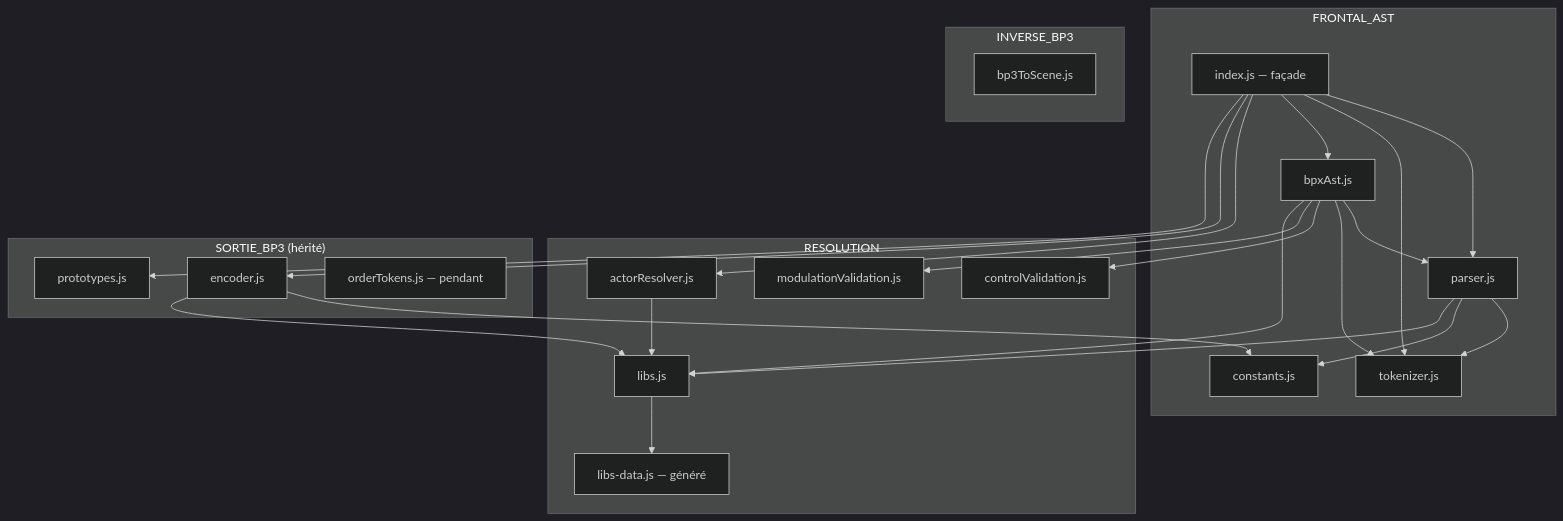
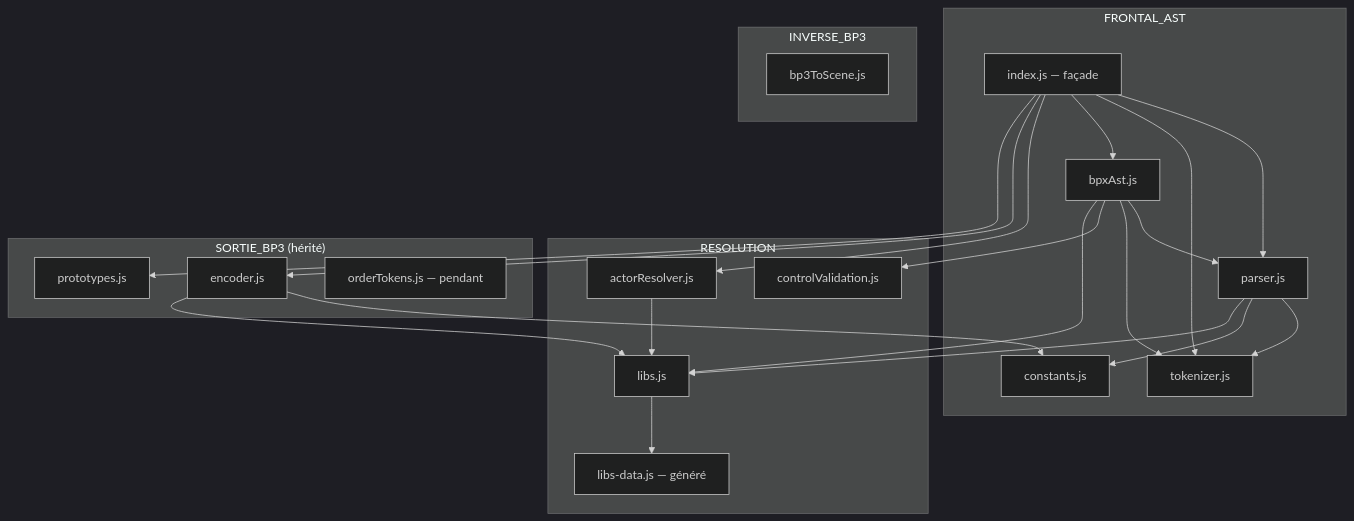
One commit to roomi-fields/BPscript changed the second of 2 diagrams in docs/arch/carte-reel.md. Above: the diagram before and after it, drawn with Mermaid (dark theme). The commit also changed other lines of this file and 5 other files, not shown here.

````diff
--- a/docs/arch/carte-reel.md
+++ b/docs/arch/carte-reel.md
@@ -44,44 +44,42 @@
 ```mermaid
 flowchart TD
   subgraph FRONTAL_AST
     tokenizer["tokenizer.js"]
     parser["parser.js"]
     bpxAst["bpxAst.js"]
     index["index.js — façade"]
     constants["constants.js"]
   end
   subgraph RESOLUTION
     actorResolver["actorResolver.js"]
     libs["libs.js"]
     libs_data["libs-data.js — généré"]
     controlValidation["controlValidation.js"]
-    modulationValidation["modulationValidation.js"]
   end
   subgraph SORTIE_BP3["SORTIE_BP3 (hérité)"]
     encoder["encoder.js"]
     prototypes["prototypes.js"]
     orderTokens["orderTokens.js — pendant"]
   end
   subgraph INVERSE_BP3
     bp3ToScene["bp3ToScene.js"]
   end
 
   parser --> tokenizer
   parser --> constants
   parser --> libs
   bpxAst --> parser
   bpxAst --> tokenizer
   bpxAst --> controlValidation
-  bpxAst --> modulationValidation
   bpxAst --> libs
   index --> parser
   index --> tokenizer
   index --> bpxAst
   index --> actorResolver
   index --> encoder
   index --> prototypes
   actorResolver --> libs
   libs --> libs_data
   encoder --> constants
   encoder --> libs
 ```
````
